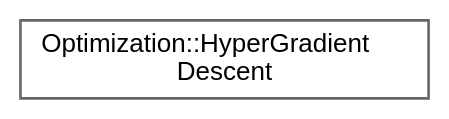
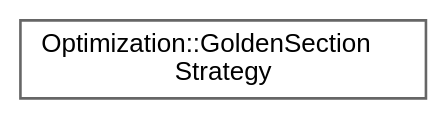
The diagram in inherit_graph_9.dot (jswoo0615/Algorithms_for_Optimization_cpp), drawn with Graphviz before and after one commit. The commit also changed 44 other files, not shown here.

```diff
--- a/inherit_graph_9.dot
+++ b/inherit_graph_9.dot
@@ -1,9 +1,9 @@
 digraph "Graphical Class Hierarchy"
 {
  // LATEX_PDF_SIZE
   bgcolor="transparent";
   edge [fontname=Helvetica,fontsize=10,labelfontname=Helvetica,labelfontsize=10];
   node [fontname=Helvetica,fontsize=10,shape=box,height=0.2,width=0.4];
   rankdir="LR";
-  Node0 [id="Node000000",label="Optimization::HyperGradient\lDescent",height=0.2,width=0.4,color="grey40", fillcolor="white", style="filled",URL="$classOptimization_1_1HyperGradientDescent.html",tooltip="Hyper Gradient Descent Optimizer (Based on Algorithms for Optimization, Sec 5.9)"];
+  Node0 [id="Node000000",label="Optimization::GoldenSection\lStrategy",height=0.2,width=0.4,color="grey40", fillcolor="white", style="filled",URL="$structOptimization_1_1GoldenSectionStrategy.html",tooltip="LineSearch 모듈을 순환 좌표 탐색에 연결"];
 }
```
